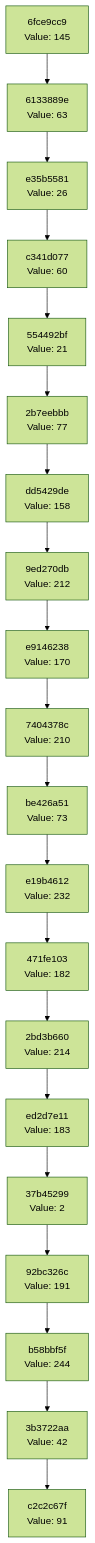
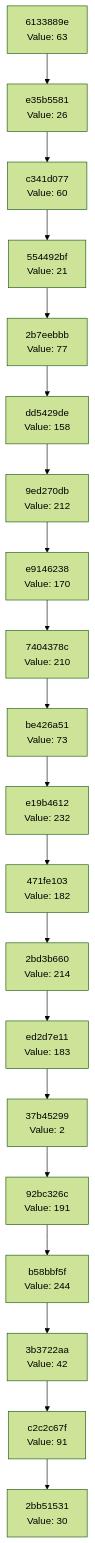
Before and after one commit to Abhisheksinha1506/hash-chain-evolver: the diagram in docs/CHAIN_VISUALIZATION.md, drawn with Mermaid (forest theme). The commit also changed 3 other files, not shown here.

````diff
--- a/docs/CHAIN_VISUALIZATION.md
+++ b/docs/CHAIN_VISUALIZATION.md
@@ -3,42 +3,42 @@
 ```mermaid
 graph TD
-    C0["c2c2c67f<br/>Value: 91"]
-    C1["3b3722aa<br/>Value: 42"]
+    C0["2bb51531<br/>Value: 30"]
+    C1["c2c2c67f<br/>Value: 91"]
     C1 --> C0
-    C2["b58bbf5f<br/>Value: 244"]
+    C2["3b3722aa<br/>Value: 42"]
     C2 --> C1
-    C3["92bc326c<br/>Value: 191"]
+    C3["b58bbf5f<br/>Value: 244"]
     C3 --> C2
-    C4["37b45299<br/>Value: 2"]
+    C4["92bc326c<br/>Value: 191"]
     C4 --> C3
-    C5["ed2d7e11<br/>Value: 183"]
+    C5["37b45299<br/>Value: 2"]
     C5 --> C4
-    C6["2bd3b660<br/>Value: 214"]
+    C6["ed2d7e11<br/>Value: 183"]
     C6 --> C5
-    C7["471fe103<br/>Value: 182"]
+    C7["2bd3b660<br/>Value: 214"]
     C7 --> C6
-    C8["e19b4612<br/>Value: 232"]
+    C8["471fe103<br/>Value: 182"]
     C8 --> C7
-    C9["be426a51<br/>Value: 73"]
+    C9["e19b4612<br/>Value: 232"]
     C9 --> C8
-    C10["7404378c<br/>Value: 210"]
+    C10["be426a51<br/>Value: 73"]
     C10 --> C9
-    C11["e9146238<br/>Value: 170"]
+    C11["7404378c<br/>Value: 210"]
     C11 --> C10
-    C12["9ed270db<br/>Value: 212"]
+    C12["e9146238<br/>Value: 170"]
     C12 --> C11
-    C13["dd5429de<br/>Value: 158"]
+    C13["9ed270db<br/>Value: 212"]
     C13 --> C12
-    C14["2b7eebbb<br/>Value: 77"]
+    C14["dd5429de<br/>Value: 158"]
     C14 --> C13
-    C15["554492bf<br/>Value: 21"]
+    C15["2b7eebbb<br/>Value: 77"]
     C15 --> C14
-    C16["c341d077<br/>Value: 60"]
+    C16["554492bf<br/>Value: 21"]
     C16 --> C15
-    C17["e35b5581<br/>Value: 26"]
+    C17["c341d077<br/>Value: 60"]
     C17 --> C16
-    C18["6133889e<br/>Value: 63"]
+    C18["e35b5581<br/>Value: 26"]
     C18 --> C17
-    C19["6fce9cc9<br/>Value: 145"]
+    C19["6133889e<br/>Value: 63"]
     C19 --> C18
 ```
````
